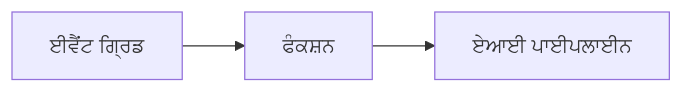
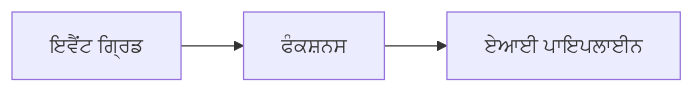
The second of 2 diagrams in translations/pa/docs/chapter-08-production/README.md (microsoft/AZD-for-beginners), drawn with Mermaid before and after one commit. The commit also changed other lines of this file and 104 other files, not shown here.

````diff
--- a/translations/pa/docs/chapter-08-production/README.md
+++ b/translations/pa/docs/chapter-08-production/README.md
@@ -56,4 +57,4 @@
 ```mermaid
 graph LR
-    EventGrid[ਈਵੈਂਟ ਗ੍ਰਿਡ] --> Functions[ਫੰਕਸ਼ਨ] --> Pipeline[ਏਆਈ ਪਾਈਪਲਾਈਨ]
+    EventGrid[ਇਵੈਂਟ ਗ੍ਰਿਡ] --> Functions[ਫੰਕਸ਼ਨਸ] --> Pipeline[ਏਆਈ ਪਾਇਪਲਾਈਨ]
 ```
````
